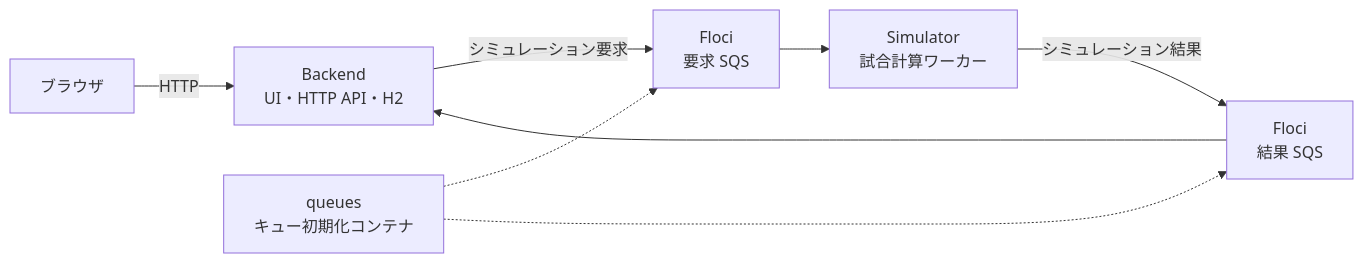
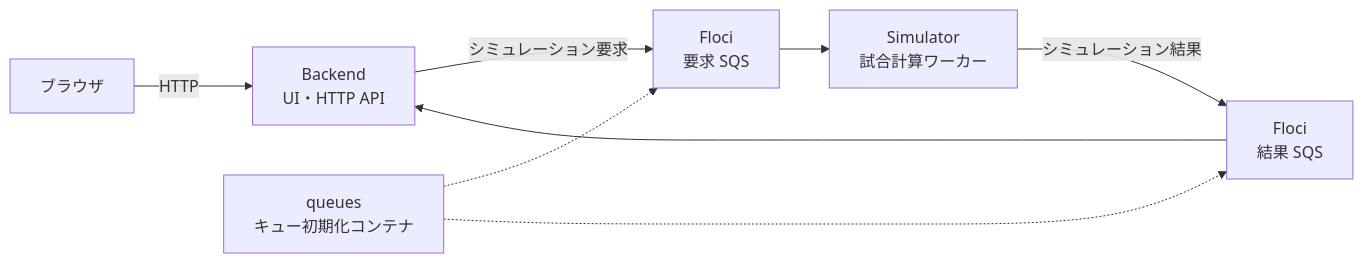
Before and after one commit to midetaro/baseball-orders: the third of 3 diagrams in README.md, drawn with Mermaid. The commit also changed other lines of this file and 63 other files, not shown here.

````diff
--- a/README.md
+++ b/README.md
@@ -189,10 +189,10 @@
 ```mermaid
 flowchart LR
-    browser["ブラウザ"] -->|"HTTP"| backend["Backend<br/>UI・HTTP API・H2"]
+    browser["ブラウザ"] -->|"HTTP"| backend["Backend<br/>UI・HTTP API"]
     backend -->|"シミュレーション要求"| requestQueue["Floci<br/>要求 SQS"]
     requestQueue --> simulator["Simulator<br/>試合計算ワーカー"]
     simulator -->|"シミュレーション結果"| resultQueue["Floci<br/>結果 SQS"]
     resultQueue --> backend
     queues["queues<br/>キュー初期化コンテナ"] -.-> requestQueue
     queues -.-> resultQueue
 ```
````
